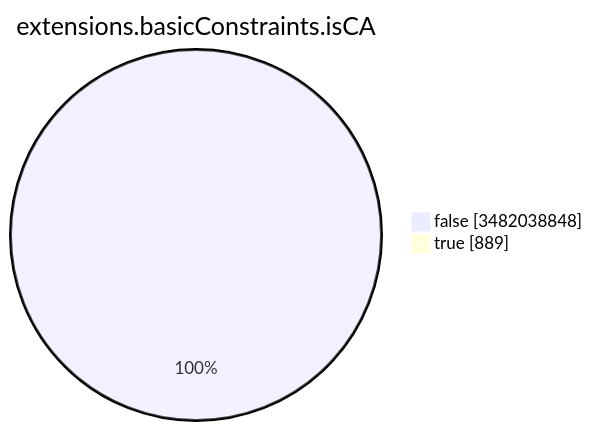
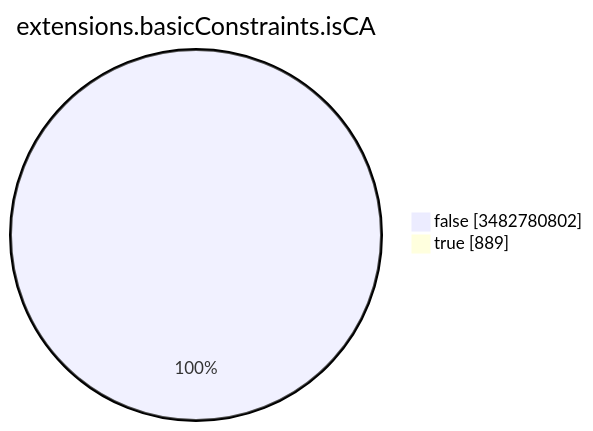
Before and after one commit to christiankrug/ctmonitor_visualization: the seventh of 15 diagrams in TOTAL/README.md, drawn with Mermaid. The commit also changed other lines of this file, not shown here.

````diff
--- a/TOTAL/README.md
+++ b/TOTAL/README.md
@@ -3093,6 +3093,6 @@
 ```mermaid
 pie showData
 title extensions.basicConstraints.isCA
-"false" :3482038848
+"false" :3482780802
 "true" :889
 ```
````
